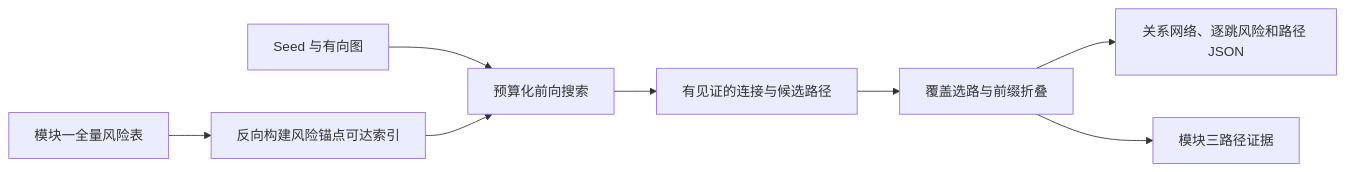
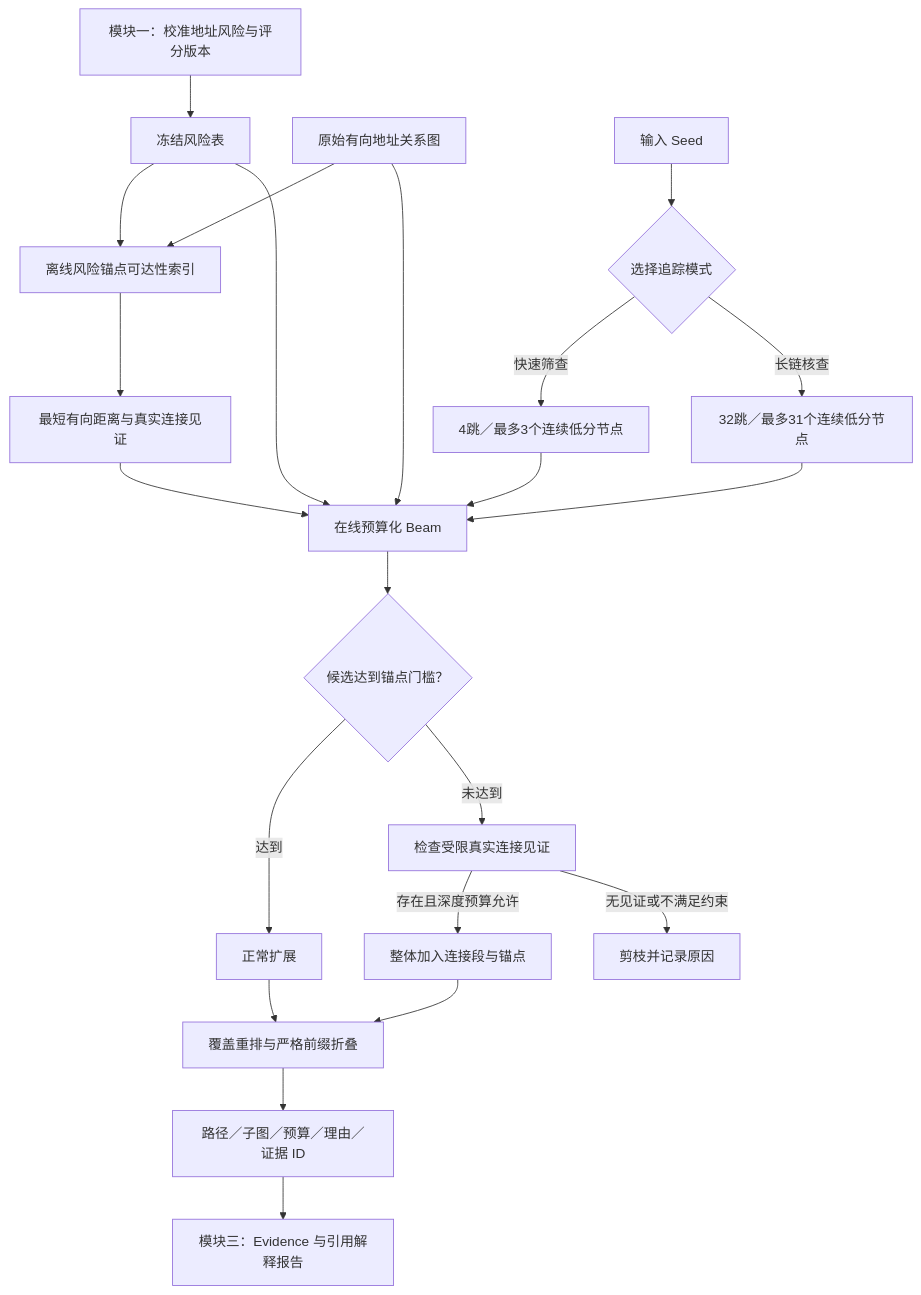
The diagram in web3-aml/docs/MODULE_02_RELATION_TRACING.md (fengzhizhang-perkyass/lianjingzhian), drawn with Mermaid before and after one commit. The commit also changed other lines of this file and 201 other files, not shown here.

````diff
--- a/web3-aml/docs/MODULE_02_RELATION_TRACING.md
+++ b/web3-aml/docs/MODULE_02_RELATION_TRACING.md
@@ -12,10 +33,24 @@
 ```mermaid
-flowchart LR
-    R[模块一全量风险表] --> I[反向构建风险锚点可达索引]
-    S[Seed 与有向图] --> B[预算化前向搜索]
-    I --> B
-    B --> W[有见证的连接与候选路径]
-    W --> C[覆盖选路与前缀折叠]
-    C --> V[关系网络、逐跳风险和路径 JSON]
-    C --> E[模块三路径证据]
+flowchart TD
+    M1[模块一：校准地址风险与评分版本] --> R[冻结风险表]
+    G[原始有向地址关系图] --> I[离线风险锚点可达性索引]
+    R --> I
+    I --> W[最短有向距离与真实连接见证]
+    S[输入 Seed] --> M{选择追踪模式}
+    M -->|快速筛查| Q[4跳／最多3个连续低分节点]
+    M -->|长链核查| L[32跳／最多31个连续低分节点]
+    Q --> B[在线预算化 Beam]
+    L --> B
+    R --> B
+    G --> B
+    W --> B
+    B --> H{候选达到锚点门槛？}
+    H -->|达到| A[正常扩展]
+    H -->|未达到| C[检查受限真实连接见证]
+    C -->|存在且深度预算允许| E[整体加入连接段与锚点]
+    C -->|无见证或不满足约束| P[剪枝并记录原因]
+    A --> D[覆盖重排与严格前缀折叠]
+    E --> D
+    D --> O[路径／子图／预算／理由／证据 ID]
+    O --> M3[模块三：Evidence 与引用解释报告]
 ```
````
